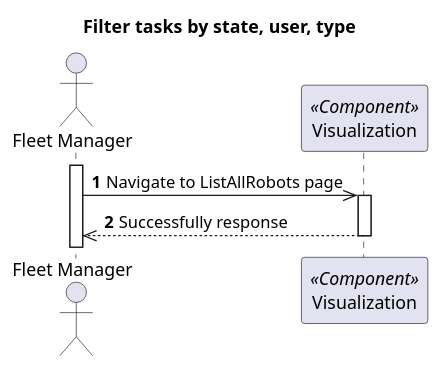
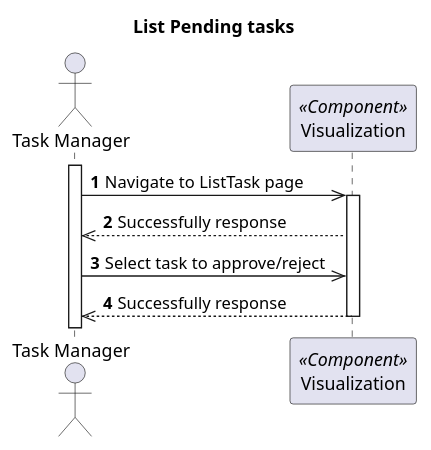
Before and after one commit to 1210910/lapr5: the diagram in docs/VistaProcesso/US480/Visualization/ProcessView_Level2_US1030.puml, drawn with PlantUML. The commit also changed 11 other files, not shown here.

Commit message:
S5P-115,S5P-116,S5P-117 fix process diagrams

```diff
--- a/docs/VistaProcesso/US480/Visualization/ProcessView_Level2_US1030.puml
+++ b/docs/VistaProcesso/US480/Visualization/ProcessView_Level2_US1030.puml
@@ -1,18 +1,24 @@
 @startuml
 'https://plantuml.com/sequence-diagram
 
 autonumber
 skinparam packageStyle rect
 
-title Filter tasks by state, user, type
+title List Pending tasks
 
-actor "Fleet Manager" as FM
+actor "Task Manager" as FM
 participant "Visualization" as MD <<Component>>
 
 activate FM
-FM->> MD : Navigate to ListAllRobots page
+FM->> MD : Navigate to ListTask page
 
 activate MD
 FM<<--- MD : Successfully response
+
+
+FM->> MD : Select task to approve/reject
+
+
+FM<<--- MD : Successfully response
 deactivate MD
 @enduml
```
